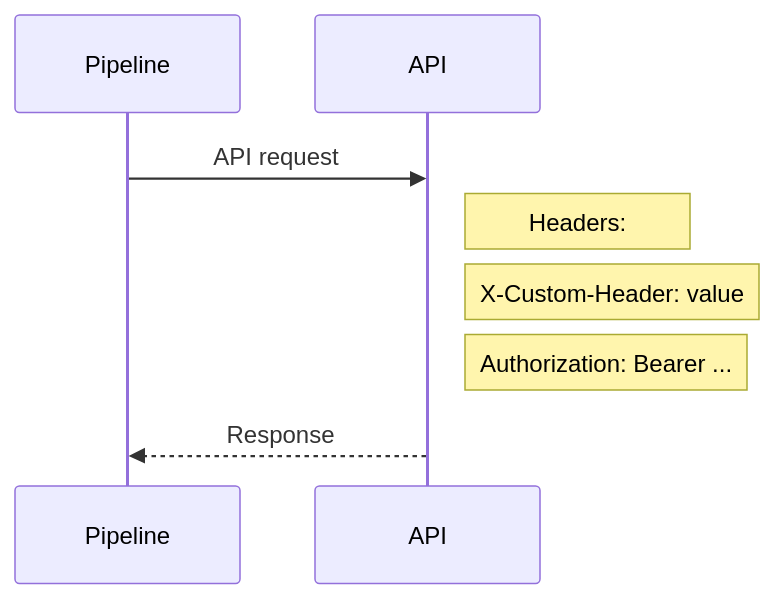
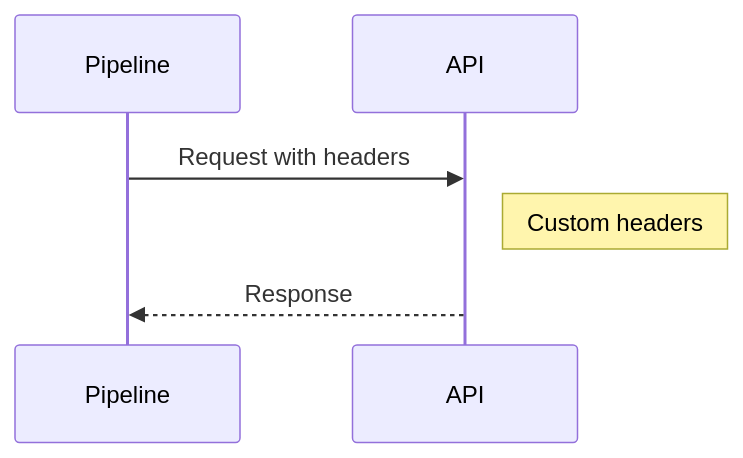
The second of 5 diagrams in examples/api_pipeline/08_api_custom_headers/README.md (wisrovi/wpipe), drawn with Mermaid before and after one commit. The commit also changed other lines of this file and 20 other files, not shown here.

First line of the commit message:
Simplify Mermaid diagrams for better rendering

````diff
--- a/examples/api_pipeline/08_api_custom_headers/README.md
+++ b/examples/api_pipeline/08_api_custom_headers/README.md
@@ -23,11 +22,9 @@
 ```mermaid
 sequenceDiagram
-    participant Pipeline
-    participant API
+    participant P as Pipeline
+    participant A as API
     
-    Pipeline->>API: API request
-    Note right of API: Headers:
-    Note right of API: X-Custom-Header: value
-    Note right of API: Authorization: Bearer ...
-    API-->>Pipeline: Response
+    P->>A: Request with headers
+    Note right of A: Custom headers
+    A-->>P: Response
 ```
````
